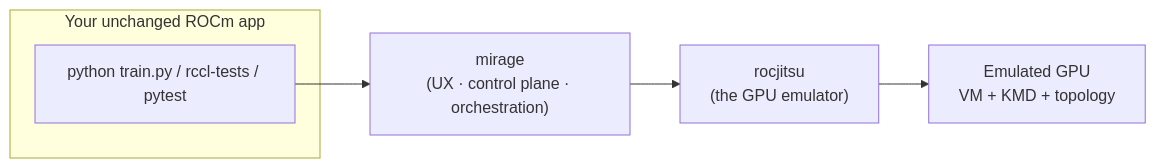
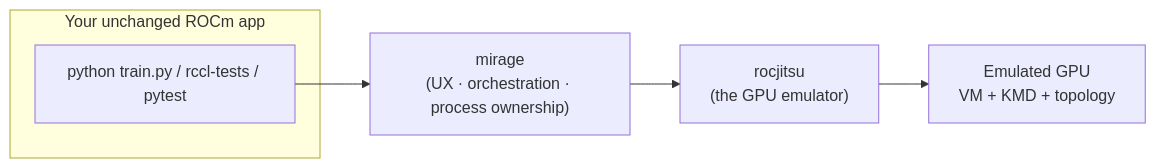
Before and after one commit to ROCm/rocm-systems: the first of 14 diagrams in emulation/mirage/docs/demo-debugging-at-scale.md, drawn with Mermaid. The commit also changed other lines of this file and 148 other files, not shown here.

````diff
--- a/emulation/mirage/docs/demo-debugging-at-scale.md
+++ b/emulation/mirage/docs/demo-debugging-at-scale.md
@@ -47,9 +47,9 @@
 ```mermaid
 flowchart LR
     subgraph You["Your unchanged ROCm app"]
       A["python train.py / rccl-tests / pytest"]
     end
-    A --> M["mirage<br/>(UX · control plane · orchestration)"]
+    A --> M["mirage<br/>(UX · orchestration · process ownership)"]
     M --> R["rocjitsu<br/>(the GPU emulator)"]
     R --> V["Emulated GPU<br/>VM + KMD + topology"]
 ```
````
